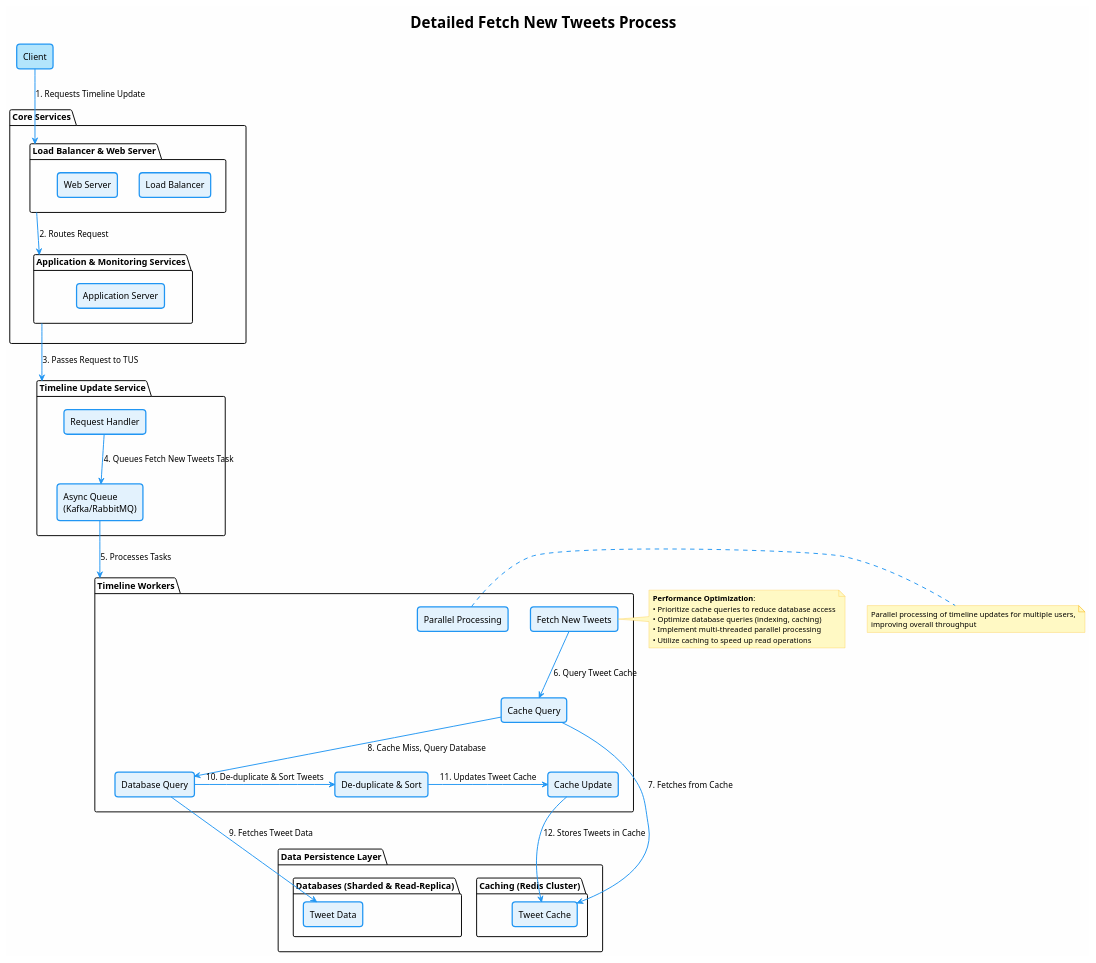
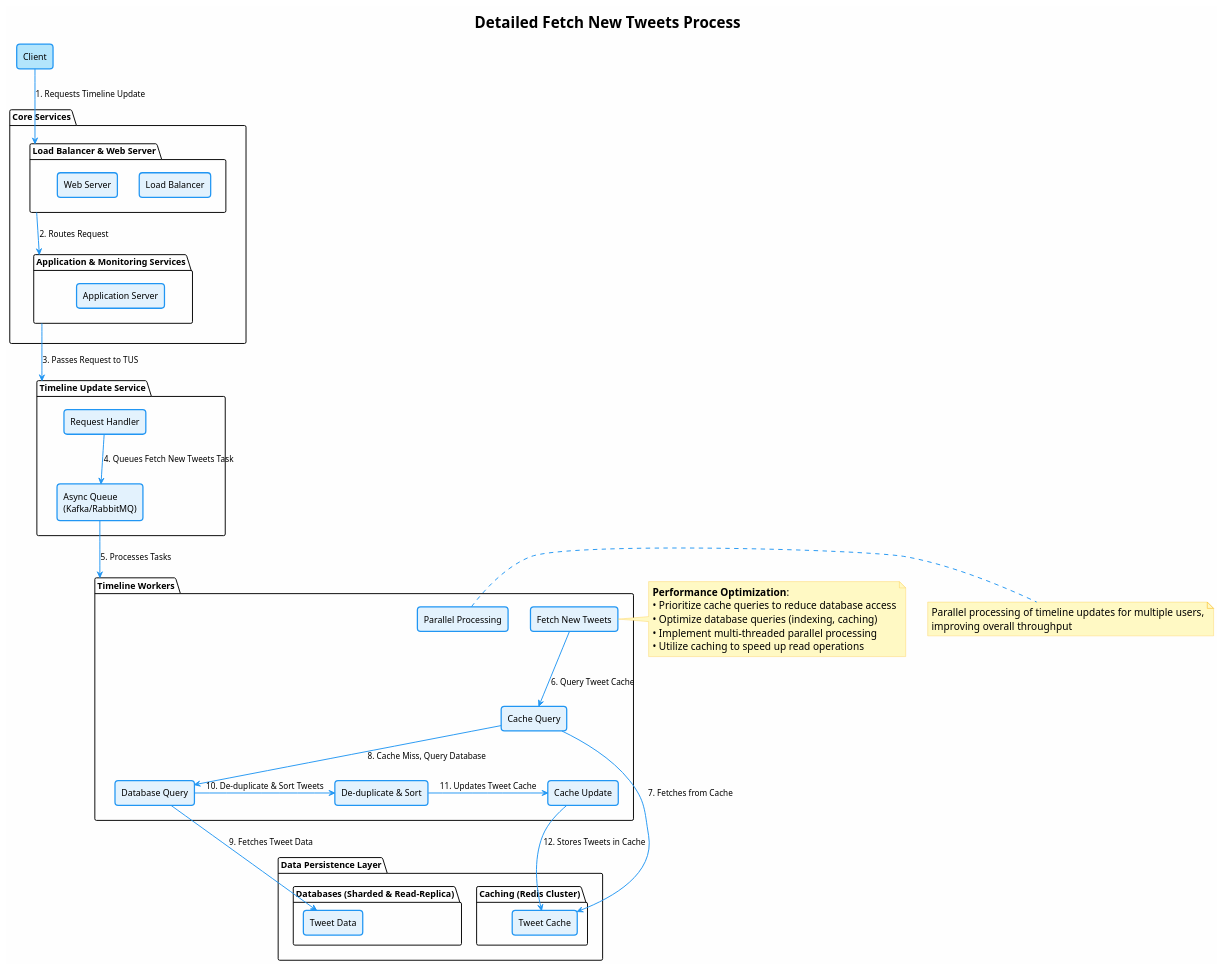
One commit to huangyingw/system_design changed the diagram in twitter/fetch_new_tweets_detailed_architecture.puml. Above: the diagram before and after it, drawn with PlantUML.

```diff
--- a/twitter/fetch_new_tweets_detailed_architecture.puml
+++ b/twitter/fetch_new_tweets_detailed_architecture.puml
@@ -1,102 +1,102 @@
 @startuml
 allowmixing
 
 skinparam backgroundColor #FEFEFE
 skinparam handwritten false
 skinparam shadowing false
 
 skinparam rectangle {
     BackgroundColor E3F2FD
     BorderColor 2196F3
     BorderThickness 2
     FontName Arial
     FontSize 14
     FontColor 000000
     RoundCorner 10
 }
 
 skinparam note {
     BackgroundColor FFF9C4
     BorderColor FBC02D
-    FontSize 12
+    FontSize 16
     FontColor 000000
 }
 
 skinparam arrow {
     Color 2196F3
     Thickness 1.5
 }
 
 skinparam title {
     FontSize 24
     FontColor 000000
     FontStyle bold
 }
 
 title Detailed Fetch New Tweets Process
 
 together {
 rectangle "Client" as Client #B3E5FC
 }
 
 package "Core Services" as Core {
     package "Load Balancer & Web Server" as LBWS {
         rectangle "Load Balancer" as LB
         rectangle "Web Server" as WS
     }
     package "Application & Monitoring Services" as AMS {
         rectangle "Application Server" as AS
     }
 }
 
 package "Timeline Update Service" as TUS {
     rectangle "Request Handler" as RH
     rectangle "Async Queue\n(Kafka/RabbitMQ)" as AQ
 }
 
 package "Timeline Workers" as TW {
     rectangle "Fetch New Tweets" as FNT
     rectangle "Cache Query" as CQ
     rectangle "Database Query" as DBQ
     rectangle "De-duplicate & Sort" as DDS
     rectangle "Cache Update" as CU
     rectangle "Parallel Processing" as PP
 }
 
 package "Data Persistence Layer" as DPS {
     package "Caching (Redis Cluster)" as Cache {
         rectangle "Tweet Cache" as TC
     }
     package "Databases (Sharded & Read-Replica)" as DB {
         rectangle "Tweet Data" as TD
     }
 }
 
 Client -down-> LBWS : 1. Requests Timeline Update
 LBWS -down-> AMS : 2. Routes Request
 AMS -down-> TUS : 3. Passes Request to TUS
 RH -down-> AQ : 4. Queues Fetch New Tweets Task
 AQ -down-> TW : 5. Processes Tasks
 FNT -down-> CQ : 6. Query Tweet Cache
 CQ -right-> TC : 7. Fetches from Cache
 CQ -down-> DBQ : 8. Cache Miss, Query Database
 DBQ -down-> TD : 9. Fetches Tweet Data
 DBQ -right-> DDS : 10. De-duplicate & Sort Tweets
 DDS -right-> CU : 11. Updates Tweet Cache
 CU -right-> TC : 12. Stores Tweets in Cache
 PP -[hidden]right-> FNT
 
 note right of FNT
   <b>Performance Optimization</b>:
   • Prioritize cache queries to reduce database access
   • Optimize database queries (indexing, caching)
   • Implement multi-threaded parallel processing
   • Utilize caching to speed up read operations
 end note
 
 note right of PP
   Parallel processing of timeline updates for multiple users,
   improving overall throughput
 end note
 
 @enduml
```
